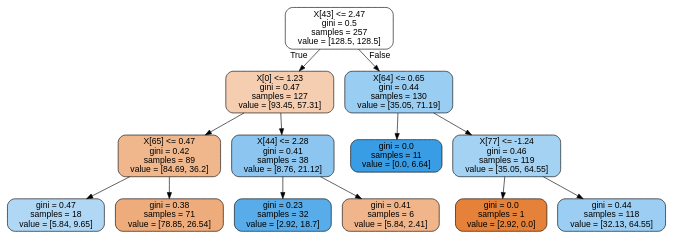
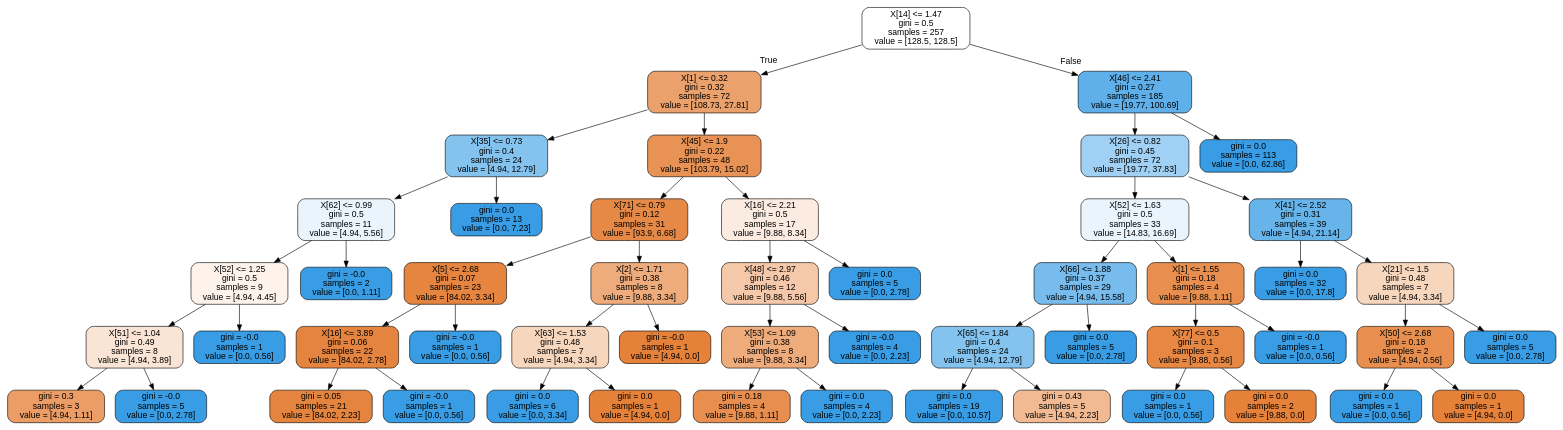
The diagram in code/notebooks/PSYtree.dot (zeroknowledgediscovery/zcad), drawn with Graphviz before and after one commit. The commit also changed 92 other files, not shown here.

```diff
--- a/code/notebooks/PSYtree.dot
+++ b/code/notebooks/PSYtree.dot
@@ -1,29 +1,105 @@
 digraph Tree {
 node [shape=box, style="filled, rounded", color="black", fontname=helvetica] ;
 edge [fontname=helvetica] ;
-0 [label="X[43] <= 2.47\ngini = 0.5\nsamples = 257\nvalue = [128.5, 128.5]", fillcolor="#399de500"] ;
-1 [label="X[0] <= 1.23\ngini = 0.47\nsamples = 127\nvalue = [93.45, 57.31]", fillcolor="#e5813963"] ;
+0 [label="X[14] <= 1.47\ngini = 0.5\nsamples = 257\nvalue = [128.5, 128.5]", fillcolor="#e5813900"] ;
+1 [label="X[1] <= 0.32\ngini = 0.32\nsamples = 72\nvalue = [108.73, 27.81]", fillcolor="#e58139be"] ;
 0 -> 1 [labeldistance=2.5, labelangle=45, headlabel="True"] ;
-2 [label="X[65] <= 0.47\ngini = 0.42\nsamples = 89\nvalue = [84.69, 36.2]", fillcolor="#e5813992"] ;
+2 [label="X[35] <= 0.73\ngini = 0.4\nsamples = 24\nvalue = [4.94, 12.79]", fillcolor="#399de59c"] ;
 1 -> 2 ;
-3 [label="gini = 0.47\nsamples = 18\nvalue = [5.84, 9.65]", fillcolor="#399de565"] ;
+3 [label="X[62] <= 0.99\ngini = 0.5\nsamples = 11\nvalue = [4.94, 5.56]", fillcolor="#399de51c"] ;
 2 -> 3 ;
-4 [label="gini = 0.38\nsamples = 71\nvalue = [78.85, 26.54]", fillcolor="#e58139a9"] ;
-2 -> 4 ;
-5 [label="X[44] <= 2.28\ngini = 0.41\nsamples = 38\nvalue = [8.76, 21.12]", fillcolor="#399de595"] ;
-1 -> 5 ;
-6 [label="gini = 0.23\nsamples = 32\nvalue = [2.92, 18.7]", fillcolor="#399de5d7"] ;
+4 [label="X[52] <= 1.25\ngini = 0.5\nsamples = 9\nvalue = [4.94, 4.45]", fillcolor="#e5813919"] ;
+3 -> 4 ;
+5 [label="X[51] <= 1.04\ngini = 0.49\nsamples = 8\nvalue = [4.94, 3.89]", fillcolor="#e5813936"] ;
+4 -> 5 ;
+6 [label="gini = 0.3\nsamples = 3\nvalue = [4.94, 1.11]", fillcolor="#e58139c6"] ;
 5 -> 6 ;
-7 [label="gini = 0.41\nsamples = 6\nvalue = [5.84, 2.41]", fillcolor="#e5813996"] ;
+7 [label="gini = -0.0\nsamples = 5\nvalue = [0.0, 2.78]", fillcolor="#399de5ff"] ;
 5 -> 7 ;
-8 [label="X[64] <= 0.65\ngini = 0.44\nsamples = 130\nvalue = [35.05, 71.19]", fillcolor="#399de581"] ;
-0 -> 8 [labeldistance=2.5, labelangle=-45, headlabel="False"] ;
-9 [label="gini = 0.0\nsamples = 11\nvalue = [0.0, 6.64]", fillcolor="#399de5ff"] ;
-8 -> 9 ;
-10 [label="X[77] <= -1.24\ngini = 0.46\nsamples = 119\nvalue = [35.05, 64.55]", fillcolor="#399de575"] ;
-8 -> 10 ;
-11 [label="gini = 0.0\nsamples = 1\nvalue = [2.92, 0.0]", fillcolor="#e58139ff"] ;
-10 -> 11 ;
-12 [label="gini = 0.44\nsamples = 118\nvalue = [32.13, 64.55]", fillcolor="#399de580"] ;
-10 -> 12 ;
+8 [label="gini = -0.0\nsamples = 1\nvalue = [0.0, 0.56]", fillcolor="#399de5ff"] ;
+4 -> 8 ;
+9 [label="gini = -0.0\nsamples = 2\nvalue = [0.0, 1.11]", fillcolor="#399de5ff"] ;
+3 -> 9 ;
+10 [label="gini = 0.0\nsamples = 13\nvalue = [0.0, 7.23]", fillcolor="#399de5ff"] ;
+2 -> 10 ;
+11 [label="X[45] <= 1.9\ngini = 0.22\nsamples = 48\nvalue = [103.79, 15.02]", fillcolor="#e58139da"] ;
+1 -> 11 ;
+12 [label="X[71] <= 0.79\ngini = 0.12\nsamples = 31\nvalue = [93.9, 6.68]", fillcolor="#e58139ed"] ;
+11 -> 12 ;
+13 [label="X[5] <= 2.68\ngini = 0.07\nsamples = 23\nvalue = [84.02, 3.34]", fillcolor="#e58139f5"] ;
+12 -> 13 ;
+14 [label="X[16] <= 3.89\ngini = 0.06\nsamples = 22\nvalue = [84.02, 2.78]", fillcolor="#e58139f7"] ;
+13 -> 14 ;
+15 [label="gini = 0.05\nsamples = 21\nvalue = [84.02, 2.23]", fillcolor="#e58139f8"] ;
+14 -> 15 ;
+16 [label="gini = -0.0\nsamples = 1\nvalue = [0.0, 0.56]", fillcolor="#399de5ff"] ;
+14 -> 16 ;
+17 [label="gini = -0.0\nsamples = 1\nvalue = [0.0, 0.56]", fillcolor="#399de5ff"] ;
+13 -> 17 ;
+18 [label="X[2] <= 1.71\ngini = 0.38\nsamples = 8\nvalue = [9.88, 3.34]", fillcolor="#e58139a9"] ;
+12 -> 18 ;
+19 [label="X[63] <= 1.53\ngini = 0.48\nsamples = 7\nvalue = [4.94, 3.34]", fillcolor="#e5813953"] ;
+18 -> 19 ;
+20 [label="gini = 0.0\nsamples = 6\nvalue = [0.0, 3.34]", fillcolor="#399de5ff"] ;
+19 -> 20 ;
+21 [label="gini = 0.0\nsamples = 1\nvalue = [4.94, 0.0]", fillcolor="#e58139ff"] ;
+19 -> 21 ;
+22 [label="gini = -0.0\nsamples = 1\nvalue = [4.94, 0.0]", fillcolor="#e58139ff"] ;
+18 -> 22 ;
+23 [label="X[16] <= 2.21\ngini = 0.5\nsamples = 17\nvalue = [9.88, 8.34]", fillcolor="#e5813928"] ;
+11 -> 23 ;
+24 [label="X[48] <= 2.97\ngini = 0.46\nsamples = 12\nvalue = [9.88, 5.56]", fillcolor="#e581396f"] ;
+23 -> 24 ;
+25 [label="X[53] <= 1.09\ngini = 0.38\nsamples = 8\nvalue = [9.88, 3.34]", fillcolor="#e58139a9"] ;
+24 -> 25 ;
+26 [label="gini = 0.18\nsamples = 4\nvalue = [9.88, 1.11]", fillcolor="#e58139e2"] ;
+25 -> 26 ;
+27 [label="gini = 0.0\nsamples = 4\nvalue = [0.0, 2.23]", fillcolor="#399de5ff"] ;
+25 -> 27 ;
+28 [label="gini = -0.0\nsamples = 4\nvalue = [0.0, 2.23]", fillcolor="#399de5ff"] ;
+24 -> 28 ;
+29 [label="gini = 0.0\nsamples = 5\nvalue = [0.0, 2.78]", fillcolor="#399de5ff"] ;
+23 -> 29 ;
+30 [label="X[46] <= 2.41\ngini = 0.27\nsamples = 185\nvalue = [19.77, 100.69]", fillcolor="#399de5cd"] ;
+0 -> 30 [labeldistance=2.5, labelangle=-45, headlabel="False"] ;
+31 [label="X[26] <= 0.82\ngini = 0.45\nsamples = 72\nvalue = [19.77, 37.83]", fillcolor="#399de57a"] ;
+30 -> 31 ;
+32 [label="X[52] <= 1.63\ngini = 0.5\nsamples = 33\nvalue = [14.83, 16.69]", fillcolor="#399de51c"] ;
+31 -> 32 ;
+33 [label="X[66] <= 1.88\ngini = 0.37\nsamples = 29\nvalue = [4.94, 15.58]", fillcolor="#399de5ae"] ;
+32 -> 33 ;
+34 [label="X[65] <= 1.84\ngini = 0.4\nsamples = 24\nvalue = [4.94, 12.79]", fillcolor="#399de59c"] ;
+33 -> 34 ;
+35 [label="gini = 0.0\nsamples = 19\nvalue = [0.0, 10.57]", fillcolor="#399de5ff"] ;
+34 -> 35 ;
+36 [label="gini = 0.43\nsamples = 5\nvalue = [4.94, 2.23]", fillcolor="#e581398c"] ;
+34 -> 36 ;
+37 [label="gini = 0.0\nsamples = 5\nvalue = [0.0, 2.78]", fillcolor="#399de5ff"] ;
+33 -> 37 ;
+38 [label="X[1] <= 1.55\ngini = 0.18\nsamples = 4\nvalue = [9.88, 1.11]", fillcolor="#e58139e2"] ;
+32 -> 38 ;
+39 [label="X[77] <= 0.5\ngini = 0.1\nsamples = 3\nvalue = [9.88, 0.56]", fillcolor="#e58139f1"] ;
+38 -> 39 ;
+40 [label="gini = 0.0\nsamples = 1\nvalue = [0.0, 0.56]", fillcolor="#399de5ff"] ;
+39 -> 40 ;
+41 [label="gini = 0.0\nsamples = 2\nvalue = [9.88, 0.0]", fillcolor="#e58139ff"] ;
+39 -> 41 ;
+42 [label="gini = -0.0\nsamples = 1\nvalue = [0.0, 0.56]", fillcolor="#399de5ff"] ;
+38 -> 42 ;
+43 [label="X[41] <= 2.52\ngini = 0.31\nsamples = 39\nvalue = [4.94, 21.14]", fillcolor="#399de5c3"] ;
+31 -> 43 ;
+44 [label="gini = 0.0\nsamples = 32\nvalue = [0.0, 17.8]", fillcolor="#399de5ff"] ;
+43 -> 44 ;
+45 [label="X[21] <= 1.5\ngini = 0.48\nsamples = 7\nvalue = [4.94, 3.34]", fillcolor="#e5813953"] ;
+43 -> 45 ;
+46 [label="X[50] <= 2.68\ngini = 0.18\nsamples = 2\nvalue = [4.94, 0.56]", fillcolor="#e58139e2"] ;
+45 -> 46 ;
+47 [label="gini = 0.0\nsamples = 1\nvalue = [0.0, 0.56]", fillcolor="#399de5ff"] ;
+46 -> 47 ;
+48 [label="gini = 0.0\nsamples = 1\nvalue = [4.94, 0.0]", fillcolor="#e58139ff"] ;
+46 -> 48 ;
+49 [label="gini = 0.0\nsamples = 5\nvalue = [0.0, 2.78]", fillcolor="#399de5ff"] ;
+45 -> 49 ;
+50 [label="gini = 0.0\nsamples = 113\nvalue = [0.0, 62.86]", fillcolor="#399de5ff"] ;
+30 -> 50 ;
 }
```
